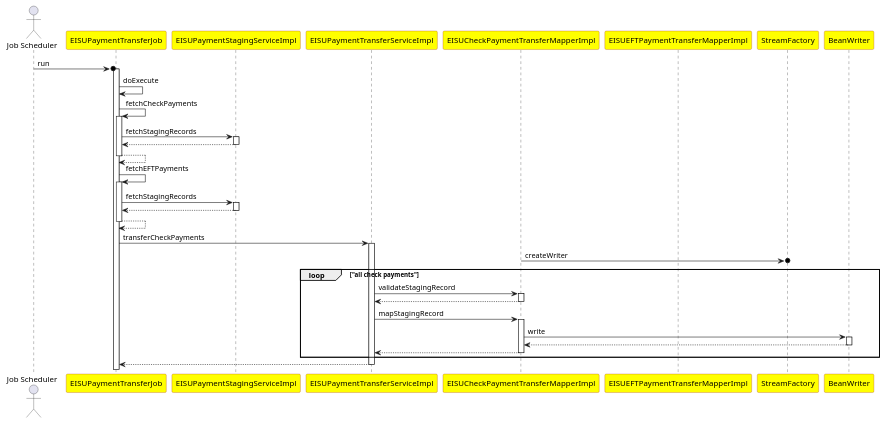
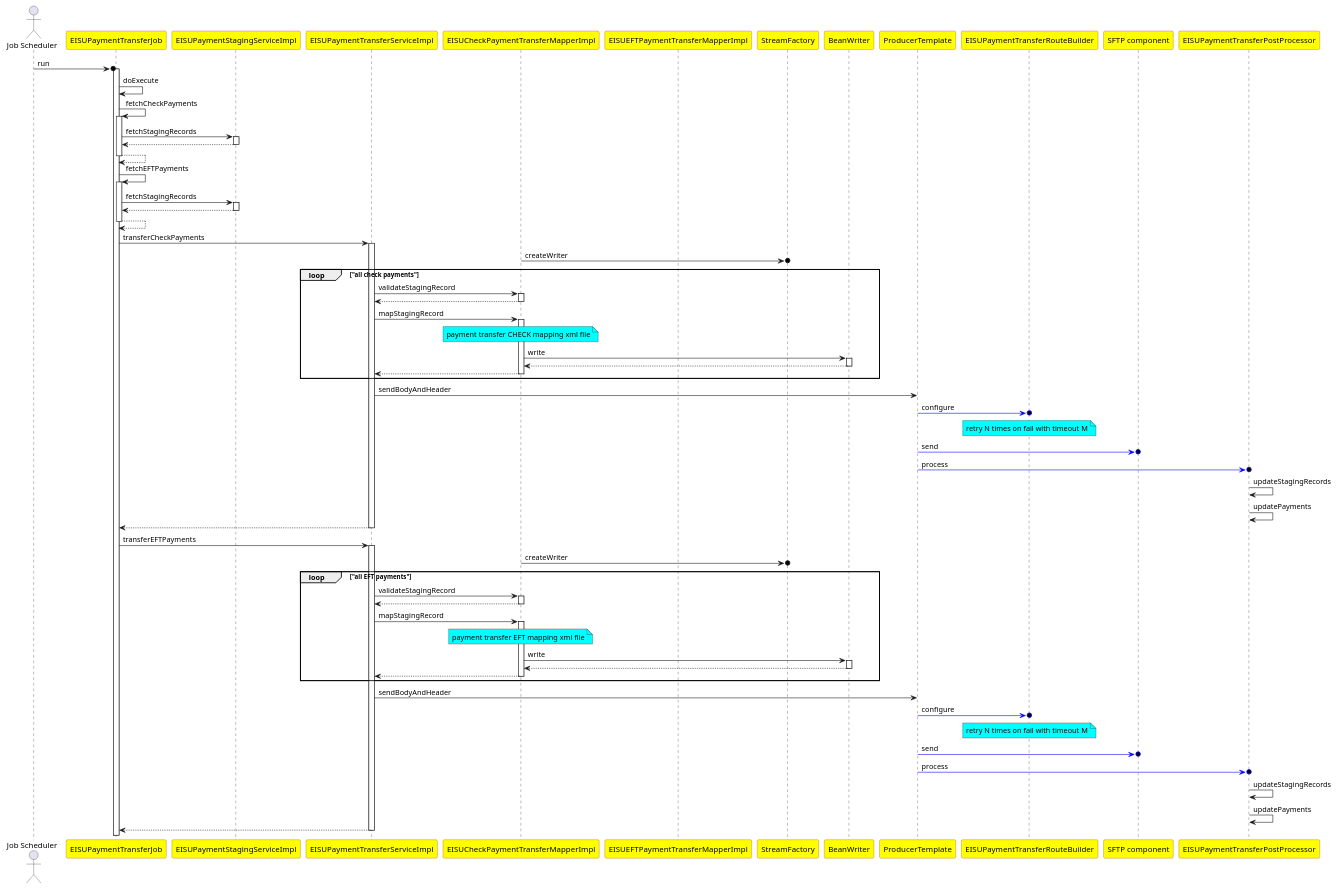
The diagram in payment-transfer-sequence.puml (evgueni-spb/bootcamp), drawn with PlantUML before and after one commit. The commit also changed 1 other file, not shown here.

Commit message:
updated payment transfer sequence diagram

```diff
--- a/payment-transfer-sequence.puml
+++ b/payment-transfer-sequence.puml
@@ -1,42 +1,77 @@
 @startuml
 skinparam  participant {
   BackgroundColor yellow
   BorderColor brown
 }
 
 actor "Job Scheduler"
 participant EISUPaymentTransferJob
 participant EISUPaymentStagingServiceImpl
 participant EISUPaymentTransferServiceImpl
 participant EISUCheckPaymentTransferMapperImpl
 participant EISUEFTPaymentTransferMapperImpl
 participant StreamFactory
 participant BeanWriter
+participant ProducerTemplate
+participant EISUPaymentTransferRouteBuilder
+participant "SFTP component"
+participant EISUPaymentTransferPostProcessor
+
 
 
 "Job Scheduler" ->o EISUPaymentTransferJob ++ : run
 EISUPaymentTransferJob -> EISUPaymentTransferJob: doExecute
 EISUPaymentTransferJob -> EISUPaymentTransferJob ++ : fetchCheckPayments
 EISUPaymentTransferJob -> EISUPaymentStagingServiceImpl ++ : fetchStagingRecords
 return
 return
 
 EISUPaymentTransferJob -> EISUPaymentTransferJob ++ : fetchEFTPayments
 EISUPaymentTransferJob -> EISUPaymentStagingServiceImpl ++: fetchStagingRecords
 return
 return
 
 EISUPaymentTransferJob -> EISUPaymentTransferServiceImpl ++ : transferCheckPayments
 EISUCheckPaymentTransferMapperImpl ->o StreamFactory :createWriter
 loop "all check payments"
 EISUPaymentTransferServiceImpl -> EISUCheckPaymentTransferMapperImpl ++ :validateStagingRecord
 return
 EISUPaymentTransferServiceImpl -> EISUCheckPaymentTransferMapperImpl ++ :mapStagingRecord
+note over EISUCheckPaymentTransferMapperImpl #aqua :payment transfer CHECK mapping xml file
 EISUCheckPaymentTransferMapperImpl -> BeanWriter ++ :write
 return
 
 return
 end
+EISUPaymentTransferServiceImpl -> ProducerTemplate : sendBodyAndHeader
+ProducerTemplate -[#blue]>o EISUPaymentTransferRouteBuilder:configure
+note over EISUPaymentTransferRouteBuilder #aqua : retry N times on fail with timeout M
+ProducerTemplate -[#blue]>o "SFTP component":send
+ProducerTemplate -[#blue]>o EISUPaymentTransferPostProcessor:process
+EISUPaymentTransferPostProcessor -> EISUPaymentTransferPostProcessor:updateStagingRecords
+EISUPaymentTransferPostProcessor -> EISUPaymentTransferPostProcessor:updatePayments
 return
 
+EISUPaymentTransferJob -> EISUPaymentTransferServiceImpl ++ : transferEFTPayments
+EISUCheckPaymentTransferMapperImpl ->o StreamFactory :createWriter
+loop "all EFT payments"
+EISUPaymentTransferServiceImpl -> EISUCheckPaymentTransferMapperImpl ++ :validateStagingRecord
+return
+EISUPaymentTransferServiceImpl -> EISUCheckPaymentTransferMapperImpl ++ :mapStagingRecord
+note over EISUCheckPaymentTransferMapperImpl #aqua :payment transfer EFT mapping xml file
+EISUCheckPaymentTransferMapperImpl -> BeanWriter ++ :write
+return
+
+return
+end
+EISUPaymentTransferServiceImpl -> ProducerTemplate : sendBodyAndHeader
+ProducerTemplate -[#blue]>o EISUPaymentTransferRouteBuilder:configure
+note over EISUPaymentTransferRouteBuilder #aqua : retry N times on fail with timeout M
+ProducerTemplate -[#blue]>o "SFTP component":send
+ProducerTemplate -[#blue]>o EISUPaymentTransferPostProcessor:process
+EISUPaymentTransferPostProcessor -> EISUPaymentTransferPostProcessor:updateStagingRecords
+EISUPaymentTransferPostProcessor -> EISUPaymentTransferPostProcessor:updatePayments
+return
+
+
 @enduml
```
